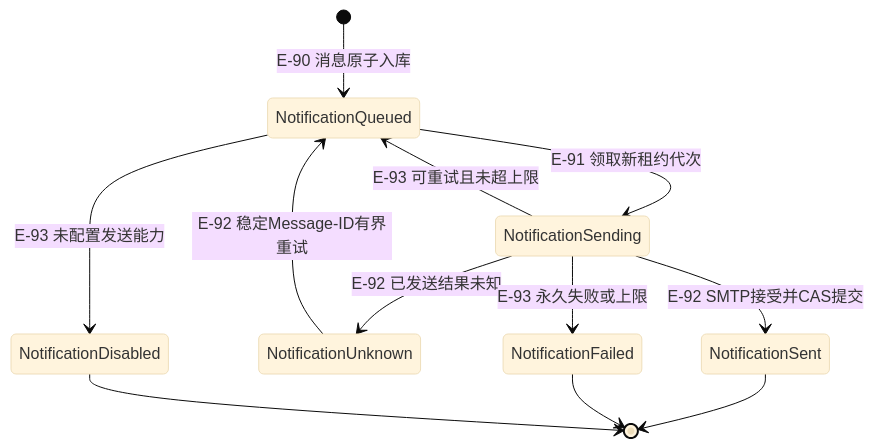
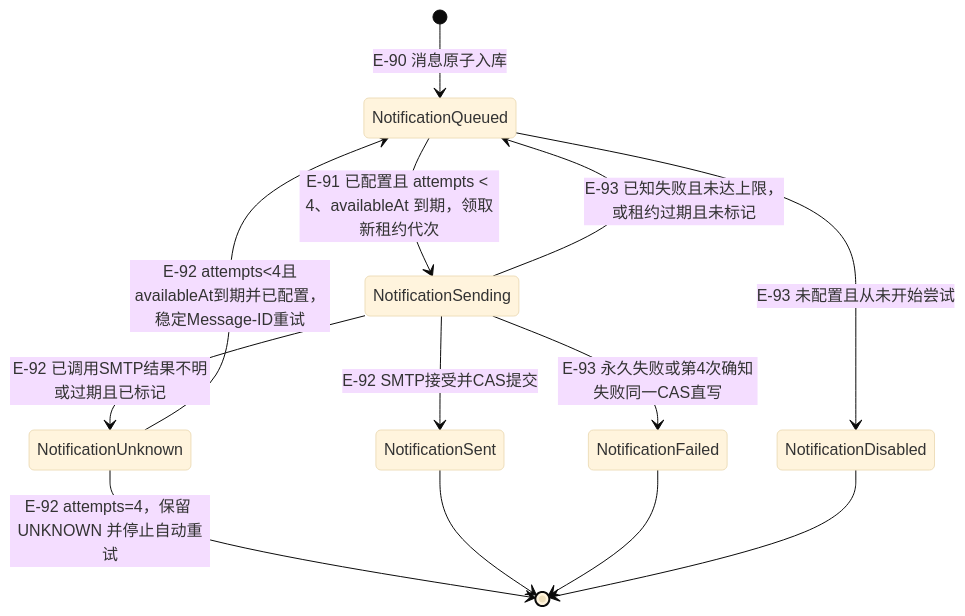
Before and after one commit to dawanglaohu/NBshiyan: the fifth of 5 diagrams in docs/PackJoyU-开发文档/02-设计/09-数据模型.md, drawn with Mermaid (base theme). The commit also changed other lines of this file and 18 other files, not shown here.

````diff
--- a/docs/PackJoyU-开发文档/02-设计/09-数据模型.md
+++ b/docs/PackJoyU-开发文档/02-设计/09-数据模型.md
@@ -171,14 +171,15 @@
 ```mermaid
 stateDiagram-v2
   [*] --> NotificationQueued: E-90 消息原子入库
-  NotificationQueued --> NotificationSending: E-91 领取新租约代次
+  NotificationQueued --> NotificationSending: E-91 已配置且 attempts < 4、availableAt 到期，领取新租约代次
   NotificationSending --> NotificationSent: E-92 SMTP接受并CAS提交
-  NotificationSending --> NotificationUnknown: E-92 已发送结果未知
-  NotificationSending --> NotificationQueued: E-93 可重试且未超上限
-  NotificationUnknown --> NotificationQueued: E-92 稳定Message-ID有界重试
-  NotificationSending --> NotificationFailed: E-93 永久失败或上限
-  NotificationQueued --> NotificationDisabled: E-93 未配置发送能力
+  NotificationSending --> NotificationUnknown: E-92 已调用SMTP结果不明或过期且已标记
+  NotificationSending --> NotificationQueued: E-93 已知失败且未达上限，或租约过期且未标记
+  NotificationUnknown --> NotificationQueued: E-92 attempts<4且availableAt到期并已配置，稳定Message-ID重试
+  NotificationUnknown --> [*]: E-92 attempts=4，保留 UNKNOWN 并停止自动重试
+  NotificationSending --> NotificationFailed: E-93 永久失败或第4次确知失败同一CAS直写
+  NotificationQueued --> NotificationDisabled: E-93 未配置且从未开始尝试
   NotificationSent --> [*]
   NotificationFailed --> [*]
   NotificationDisabled --> [*]
 ```
````
